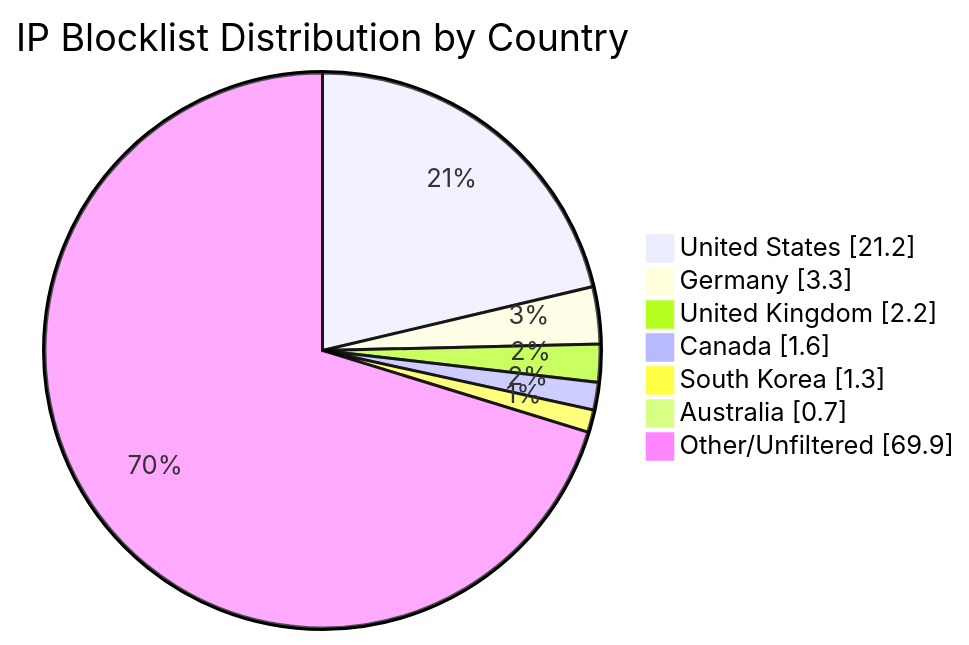
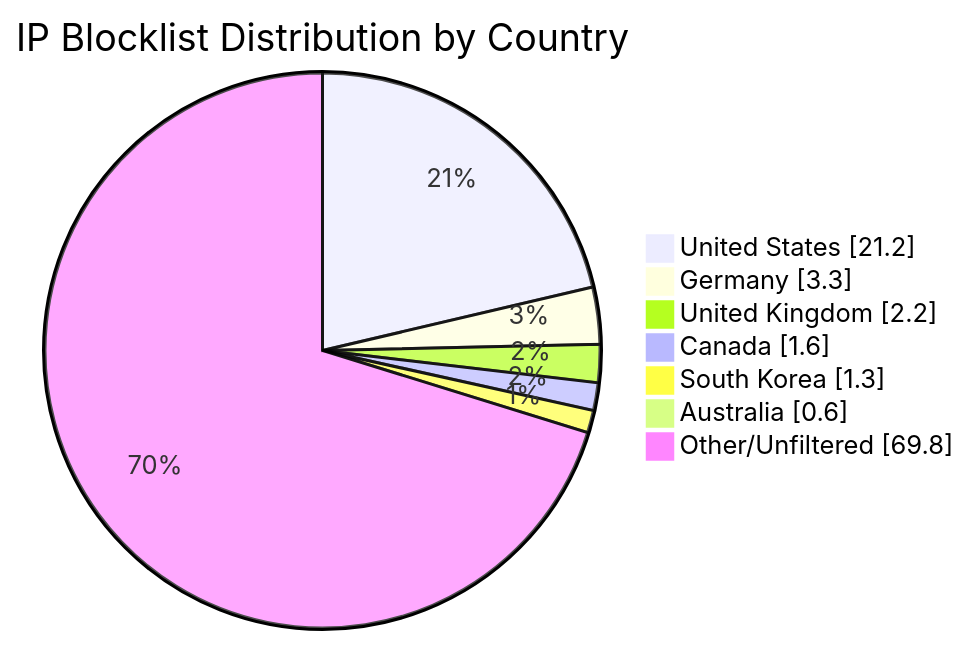
Before and after one commit to MarcusHoltz/ipblocklist-geofiltered-aggregator: the diagram in README.md, drawn with Mermaid. The commit also changed other lines of this file and 9 other files, not shown here.

````diff
--- a/README.md
+++ b/README.md
@@ -34,10 +34,10 @@
 ```mermaid
 pie showData title IP Blocklist Distribution by Country
 "United States" : 21.2
 "Germany" : 3.3
 "United Kingdom" : 2.2
 "Canada" : 1.6
 "South Korea" : 1.3
-"Australia" : 0.7
-"Other/Unfiltered" : 69.9
+"Australia" : 0.6
+"Other/Unfiltered" : 69.8
 ```
````
